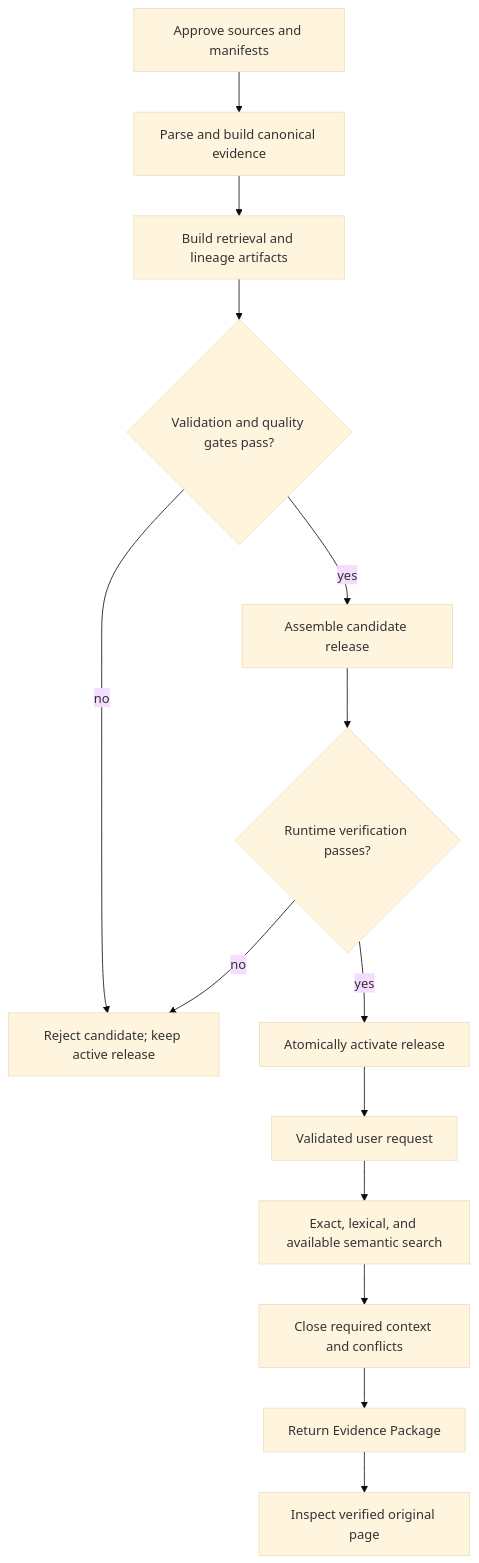
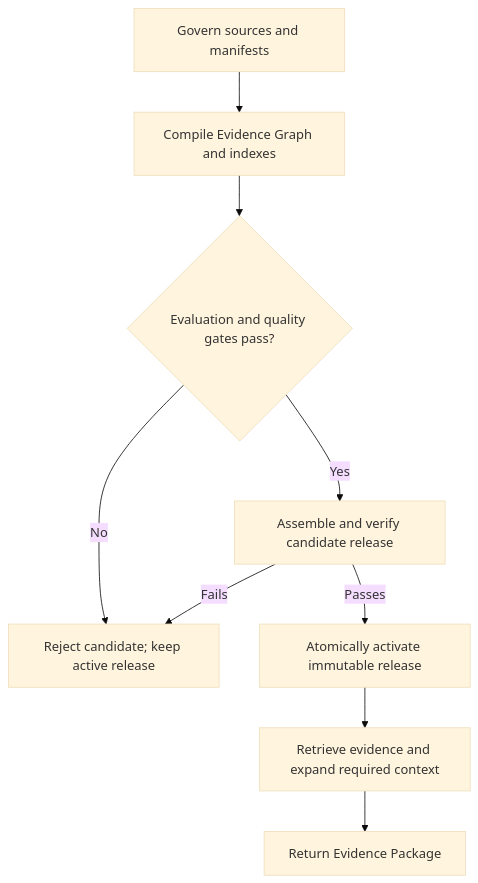
Before and after one commit to grammy-jiang/clause-sift: the second of 2 diagrams in docs/design-brief.md, drawn with Mermaid (base theme). The commit also changed other lines of this file, not shown here.

````diff
--- a/docs/design-brief.md
+++ b/docs/design-brief.md
@@ -106,23 +94,11 @@
 ```mermaid
-flowchart TD
-    REGISTER[Approve sources and manifests]
-    BUILD[Parse and build canonical evidence]
-    INDEX[Build retrieval and lineage artifacts]
-    GATE{Validation and quality gates pass?}
-    CANDIDATE[Assemble candidate release]
-    VERIFY{Runtime verification passes?}
-    ACTIVE[Atomically activate release]
-    QUERY[Validated user request]
-    SEARCH[Exact, lexical, and available semantic search]
-    CONTEXT[Close required context and conflicts]
-    RESULT[Return Evidence Package]
-    PAGE[Inspect verified original page]
-    REJECT[Reject candidate; keep active release]
-
-    REGISTER --> BUILD --> INDEX --> GATE
-    GATE -->|no| REJECT
-    GATE -->|yes| CANDIDATE --> VERIFY
-    VERIFY -->|no| REJECT
-    VERIFY -->|yes| ACTIVE
-    ACTIVE --> QUERY --> SEARCH --> CONTEXT --> RESULT --> PAGE
+flowchart TB
+    S[Govern sources and manifests] --> B[Compile Evidence Graph and indexes]
+    B --> V{Evaluation and quality gates pass?}
+    V -->|No| R[Reject candidate; keep active release]
+    V -->|Yes| C[Assemble and verify candidate release]
+    C -->|Fails| R
+    C -->|Passes| A[Atomically activate immutable release]
+    A --> Q[Retrieve evidence and expand required context]
+    Q --> E[Return Evidence Package]
 ```
````
